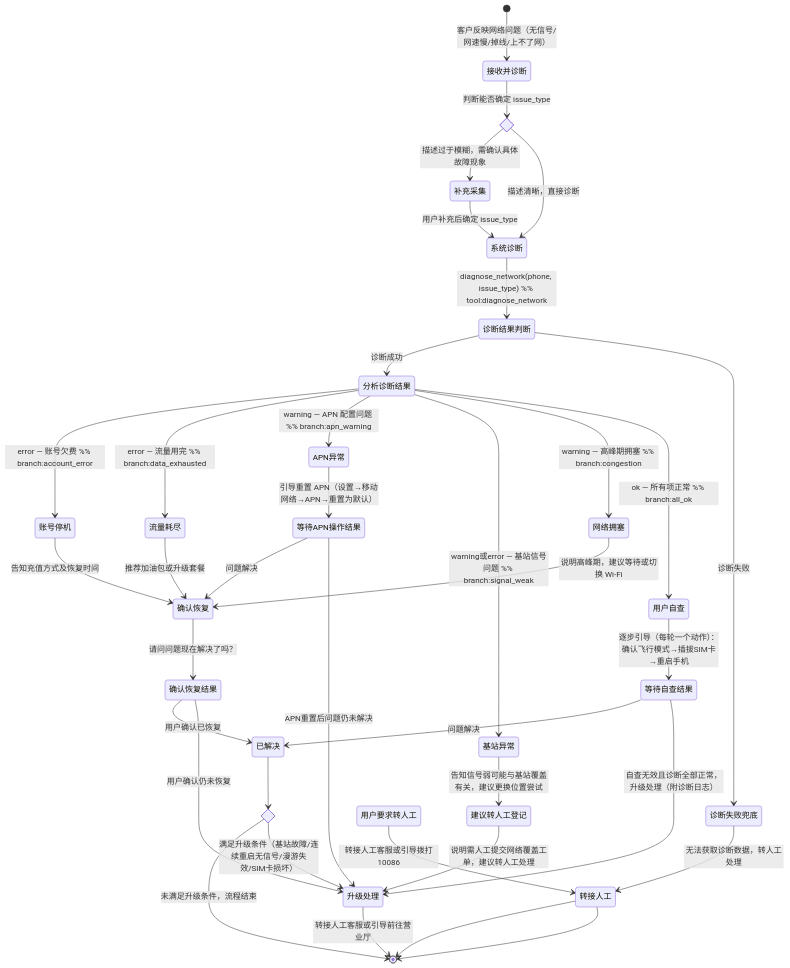
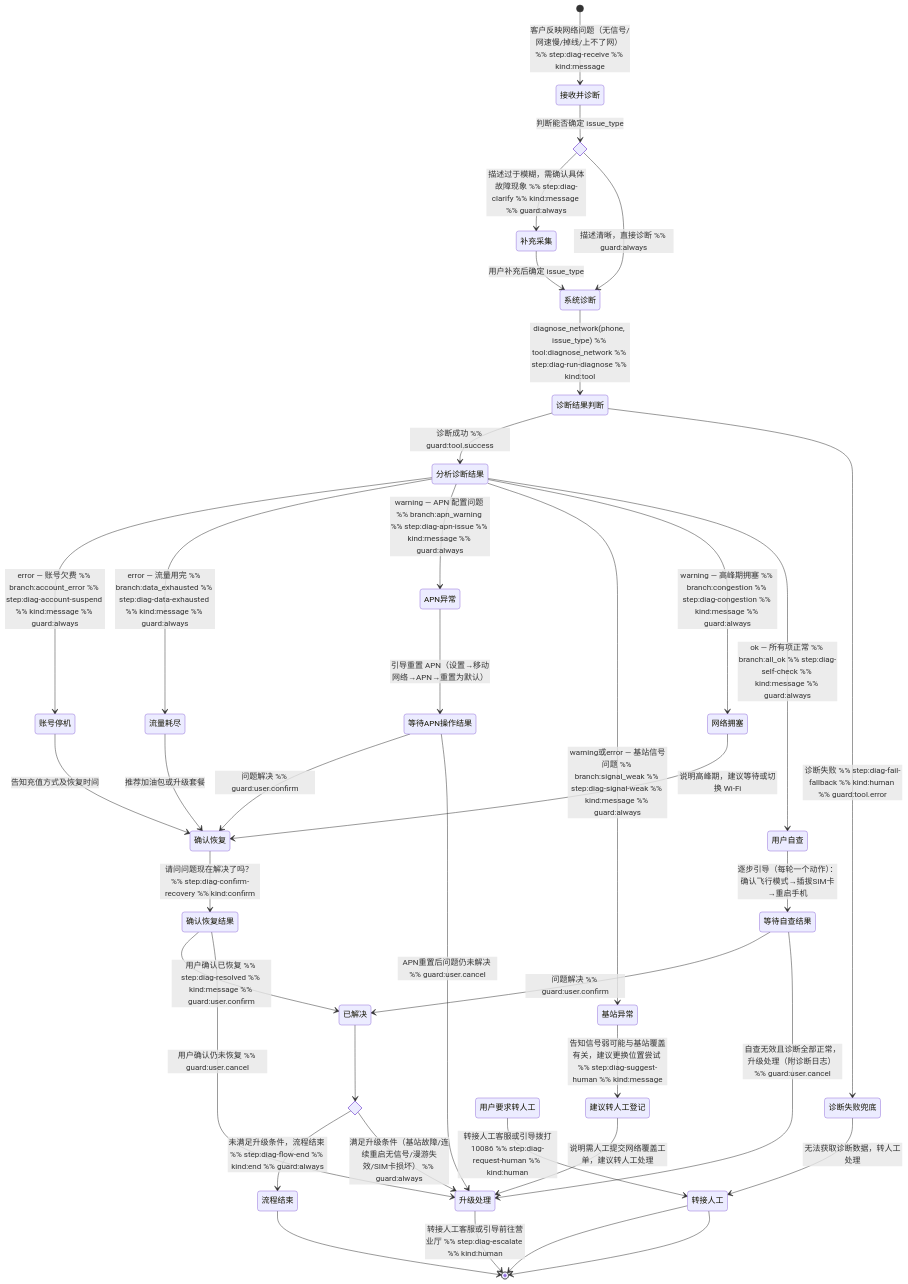
The diagram in backend/skills/biz-skills/fault-diagnosis/SKILL.md (cacling/ai-bot), drawn with Mermaid before and after one commit. The commit also changed 3 other files, not shown here.

````diff
--- a/backend/skills/biz-skills/fault-diagnosis/SKILL.md
+++ b/backend/skills/biz-skills/fault-diagnosis/SKILL.md
@@ -134,58 +134,59 @@
 ```mermaid
 stateDiagram-v2
-    [*] --> 接收并诊断: 客户反映网络问题（无信号/网速慢/掉线/上不了网）
+    [*] --> 接收并诊断: 客户反映网络问题（无信号/网速慢/掉线/上不了网） %% step:diag-receive %% kind:message
 
     state 描述是否清晰 <<choice>>
     接收并诊断 --> 描述是否清晰: 判断能否确定 issue_type
-    描述是否清晰 --> 补充采集: 描述过于模糊，需确认具体故障现象
-    描述是否清晰 --> 系统诊断: 描述清晰，直接诊断
+    描述是否清晰 --> 补充采集: 描述过于模糊，需确认具体故障现象 %% step:diag-clarify %% kind:message %% guard:always
+    描述是否清晰 --> 系统诊断: 描述清晰，直接诊断 %% guard:always
 
     补充采集 --> 系统诊断: 用户补充后确定 issue_type
-    系统诊断 --> 诊断结果判断: diagnose_network(phone, issue_type) %% tool:diagnose_network
+    系统诊断 --> 诊断结果判断: diagnose_network(phone, issue_type) %% tool:diagnose_network %% step:diag-run-diagnose %% kind:tool
 
     state 诊断结果判断 <<choice>>
-    诊断结果判断 --> 分析诊断结果: 诊断成功
-    诊断结果判断 --> 诊断失败兜底: 诊断失败
+    诊断结果判断 --> 分析诊断结果: 诊断成功 %% guard:tool.success
+    诊断结果判断 --> 诊断失败兜底: 诊断失败 %% step:diag-fail-fallback %% kind:human %% guard:tool.error
 
     诊断失败兜底 --> 转接人工: 无法获取诊断数据，转人工处理
-    转接人工 --> [*]
+    转接人工 --> [*] %% kind:end
 
     state 分析诊断结果 <<choice>>
-    分析诊断结果 --> 账号停机: error — 账号欠费 %% branch:account_error
-    分析诊断结果 --> 流量耗尽: error — 流量用完 %% branch:data_exhausted
-    分析诊断结果 --> APN异常: warning — APN 配置问题 %% branch:apn_warning
-    分析诊断结果 --> 基站异常: warning或error — 基站信号问题 %% branch:signal_weak
-    分析诊断结果 --> 网络拥塞: warning — 高峰期拥塞 %% branch:congestion
-    分析诊断结果 --> 用户自查: ok — 所有项正常 %% branch:all_ok
+    分析诊断结果 --> 账号停机: error — 账号欠费 %% branch:account_error %% step:diag-account-suspend %% kind:message %% guard:always
+    分析诊断结果 --> 流量耗尽: error — 流量用完 %% branch:data_exhausted %% step:diag-data-exhausted %% kind:message %% guard:always
+    分析诊断结果 --> APN异常: warning — APN 配置问题 %% branch:apn_warning %% step:diag-apn-issue %% kind:message %% guard:always
+    分析诊断结果 --> 基站异常: warning或error — 基站信号问题 %% branch:signal_weak %% step:diag-signal-weak %% kind:message %% guard:always
+    分析诊断结果 --> 网络拥塞: warning — 高峰期拥塞 %% branch:congestion %% step:diag-congestion %% kind:message %% guard:always
+    分析诊断结果 --> 用户自查: ok — 所有项正常 %% branch:all_ok %% step:diag-self-check %% kind:message %% guard:always
 
     账号停机 --> 确认恢复: 告知充值方式及恢复时间
     流量耗尽 --> 确认恢复: 推荐加油包或升级套餐
     网络拥塞 --> 确认恢复: 说明高峰期，建议等待或切换 Wi-Fi
 
     APN异常 --> 等待APN操作结果: 引导重置 APN（设置→移动网络→APN→重置为默认）
     state 等待APN操作结果 <<choice>>
-    等待APN操作结果 --> 确认恢复: 问题解决
-    等待APN操作结果 --> 升级处理: APN重置后问题仍未解决
+    等待APN操作结果 --> 确认恢复: 问题解决 %% guard:user.confirm
+    等待APN操作结果 --> 升级处理: APN重置后问题仍未解决 %% guard:user.cancel
 
-    基站异常 --> 建议转人工登记: 告知信号弱可能与基站覆盖有关，建议更换位置尝试
+    基站异常 --> 建议转人工登记: 告知信号弱可能与基站覆盖有关，建议更换位置尝试 %% step:diag-suggest-human %% kind:message
     建议转人工登记 --> 升级处理: 说明需人工提交网络覆盖工单，建议转人工处理
 
-    确认恢复 --> 确认恢复结果: 请问问题现在解决了吗？
+    确认恢复 --> 确认恢复结果: 请问问题现在解决了吗？ %% step:diag-confirm-recovery %% kind:confirm
     state 确认恢复结果 <<choice>>
-    确认恢复结果 --> 已解决: 用户确认已恢复
-    确认恢复结果 --> 升级处理: 用户确认仍未恢复
+    确认恢复结果 --> 已解决: 用户确认已恢复 %% step:diag-resolved %% kind:message %% guard:user.confirm
+    确认恢复结果 --> 升级处理: 用户确认仍未恢复 %% guard:user.cancel
 
     用户自查 --> 等待自查结果: 逐步引导（每轮一个动作）：确认飞行模式→插拔SIM卡→重启手机
     state 等待自查结果 <<choice>>
-    等待自查结果 --> 已解决: 问题解决
-    等待自查结果 --> 升级处理: 自查无效且诊断全部正常，升级处理（附诊断日志）
+    等待自查结果 --> 已解决: 问题解决 %% guard:user.confirm
+    等待自查结果 --> 升级处理: 自查无效且诊断全部正常，升级处理（附诊断日志） %% guard:user.cancel
 
     state 升级判断 <<choice>>
     已解决 --> 升级判断
-    升级判断 --> [*]: 未满足升级条件，流程结束
-    升级判断 --> 升级处理: 满足升级条件（基站故障/连续重启无信号/漫游失效/SIM卡损坏）
-    升级处理 --> [*]: 转接人工客服或引导前往营业厅
+    升级判断 --> 流程结束: 未满足升级条件，流程结束 %% step:diag-flow-end %% kind:end %% guard:always
+    升级判断 --> 升级处理: 满足升级条件（基站故障/连续重启无信号/漫游失效/SIM卡损坏） %% guard:always
+    流程结束 --> [*]
+    升级处理 --> [*]: 转接人工客服或引导前往营业厅 %% step:diag-escalate %% kind:human
 
-    用户要求转人工 --> 转接人工: 转接人工客服或引导拨打10086
-    转接人工 --> [*]
+    用户要求转人工 --> 转接人工: 转接人工客服或引导拨打10086 %% step:diag-request-human %% kind:human
+    转接人工 --> [*] %% kind:end
 ```
````
